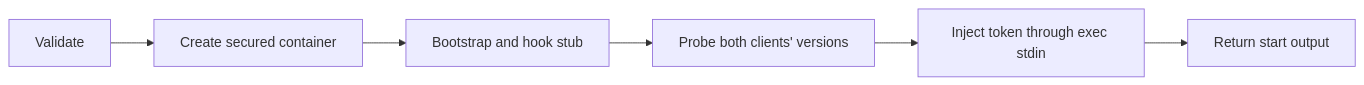
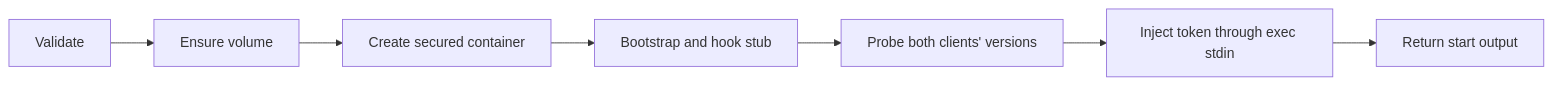
One commit to ophis/agent-pm changed the diagram in docs/docker-broker-protocol.md. Above: the diagram before and after it, drawn with Mermaid. The commit also changed other lines of this file and 96 other files, not shown here.

````diff
--- a/docs/docker-broker-protocol.md
+++ b/docs/docker-broker-protocol.md
@@ -100,8 +112,9 @@
 ```mermaid
 flowchart LR
-    V[Validate] --> C[Create secured container]
+    V[Validate] --> W[Ensure volume]
+    W --> C[Create secured container]
     C --> B[Bootstrap and hook stub]
     B --> P[Probe both clients' versions]
     P --> T[Inject token through exec stdin]
     T --> O[Return start output]
 ```
````
